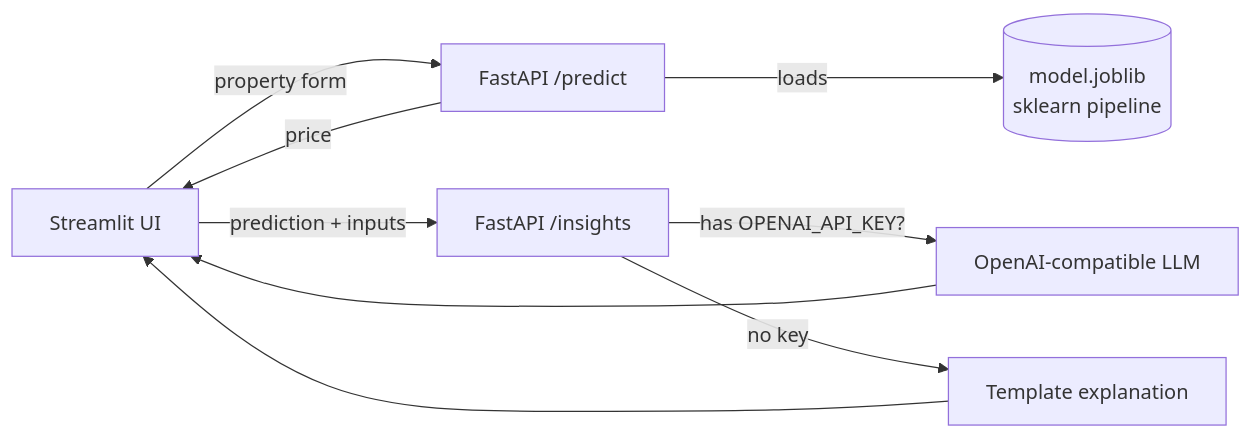
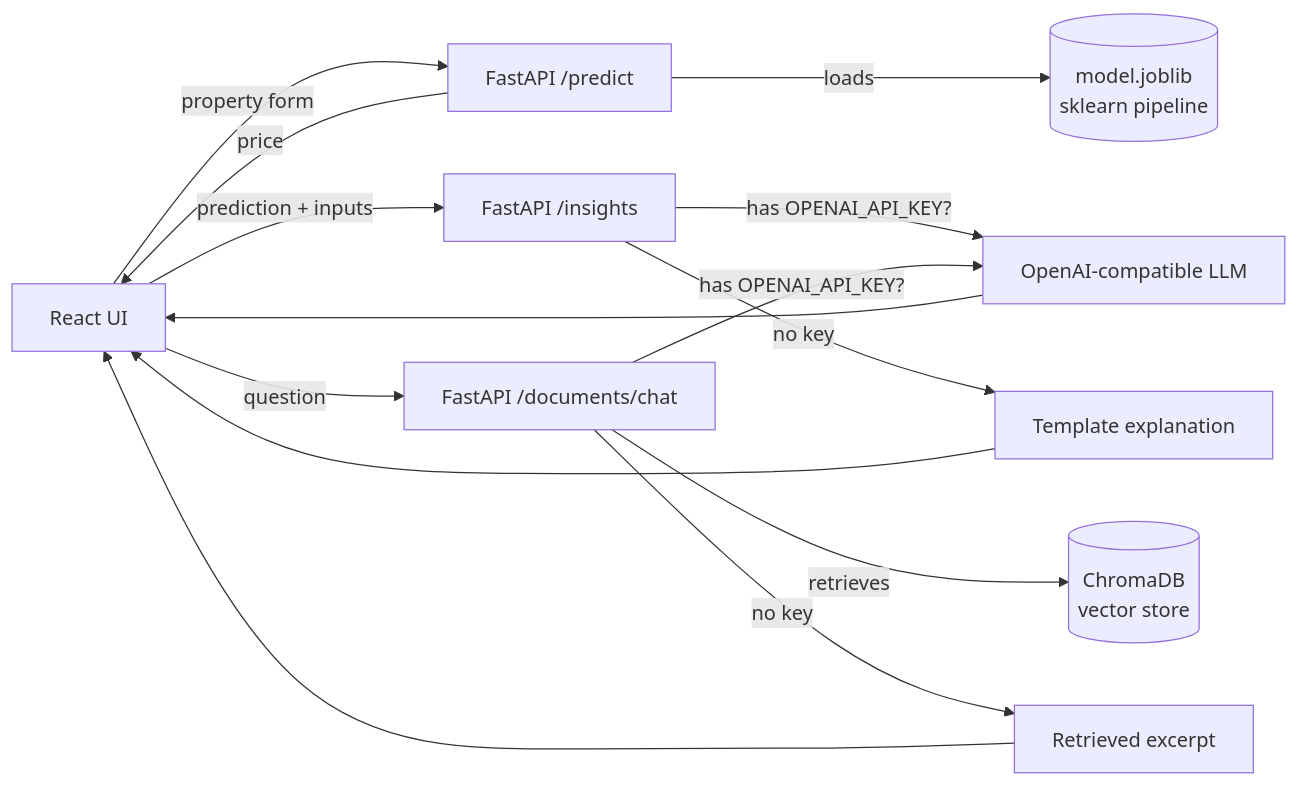
One commit to ramabharti8/AI-Real-Estate-Advisor changed the diagram in README.md. Above: the diagram before and after it, drawn with Mermaid. The commit also changed other lines of this file and 1 other file, not shown here.

Commit message:
Fix stale Streamlit references in README and deployment docs
The system diagram and deploy guide still described the retired
Streamlit frontend; updated to reflect the React frontend and RAG
document flow, plus Vercel/Netlify deployment instead.

````diff
--- a/README.md
+++ b/README.md
@@ -11,11 +11,16 @@
 ```mermaid
 flowchart LR
-    A[Streamlit UI] -- property form --> B[FastAPI /predict]
+    A[React UI] -- property form --> B[FastAPI /predict]
     B -- loads --> C[(model.joblib\nsklearn pipeline)]
     B -- price --> A
     A -- prediction + inputs --> D[FastAPI /insights]
     D -- has OPENAI_API_KEY? --> E[OpenAI-compatible LLM]
     D -- no key --> F[Template explanation]
     E --> A
     F --> A
+    A -- question --> G[FastAPI /documents/chat]
+    G -- retrieves --> H[(ChromaDB\nvector store)]
+    G -- has OPENAI_API_KEY? --> E
+    G -- no key --> I[Retrieved excerpt]
+    I --> A
 ```
````
